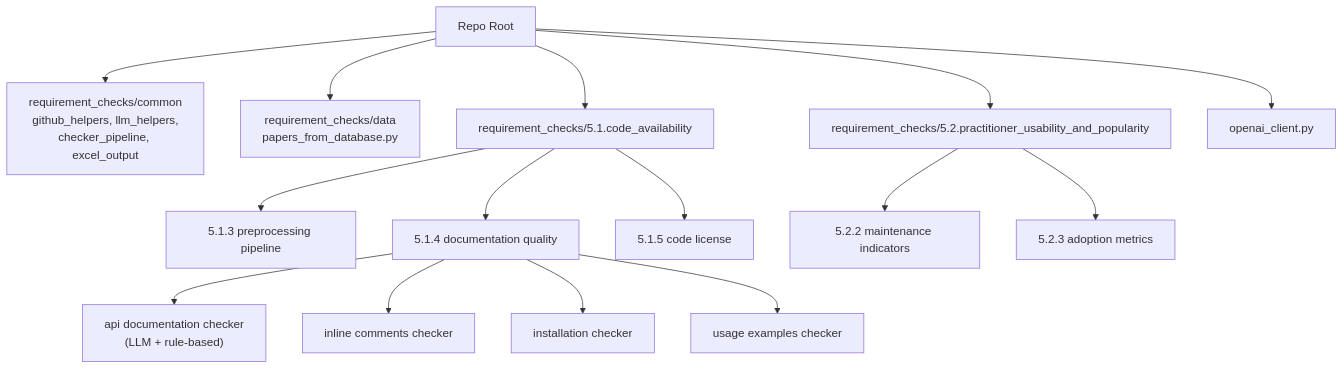
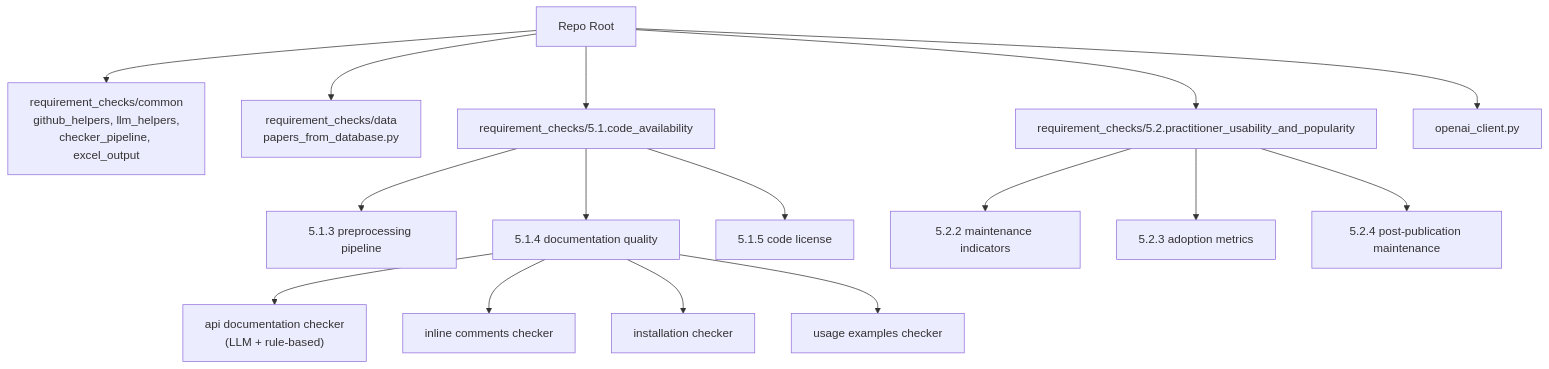
One commit to AminDaryan/Scrape-GitHub changed the diagram in README.md. Above: the diagram before and after it, drawn with Mermaid. The commit also changed other lines of this file and 2 other files, not shown here.

Commit message:
feat: add the code for question 5.2.4.post_publication_maintenance

````diff
--- a/README.md
+++ b/README.md
@@ -44,18 +48,19 @@
 ```mermaid
 flowchart TD
   root["Repo Root"]
   root --> common["requirement_checks/common<br/>github_helpers, llm_helpers,<br/>checker_pipeline, excel_output"]
   root --> data["requirement_checks/data<br/>papers_from_database.py"]
   root --> q51["requirement_checks/5.1.code_availability"]
   q51 --> q513["5.1.3 preprocessing pipeline"]
   q51 --> q514["5.1.4 documentation quality"]
   q514 --> apidoc["api documentation checker<br/>(LLM + rule-based)"]
   q514 --> inline["inline comments checker"]
   q514 --> install["installation checker"]
   q514 --> usage["usage examples checker"]
   q51 --> q515["5.1.5 code license"]
   root --> q52["requirement_checks/5.2.practitioner_usability_and_popularity"]
   q52 --> q522["5.2.2 maintenance indicators"]
   q52 --> q523["5.2.3 adoption metrics"]
+  q52 --> q524["5.2.4 post-publication maintenance"]
   root --> client["openai_client.py"]
 ```
````
